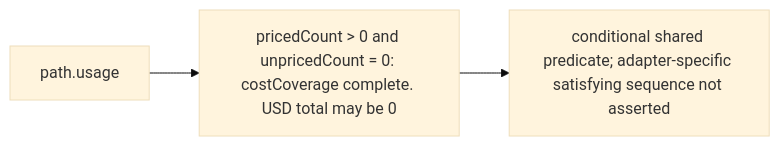
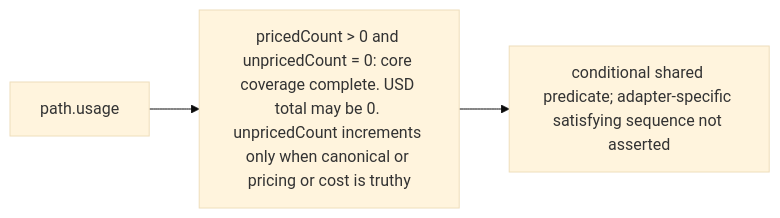
Before and after one commit to vibefield/vibefield: the diagram in audit/godview/plan/graphs/states/state.cost_complete.mmd, drawn with Mermaid (base theme). The commit also changed 43 other files, not shown here.

First line of the commit message:
GV-AUDIT6: take 68dde825 and hold second-half cost flows pending

```diff
--- a/audit/godview/plan/graphs/states/state.cost_complete.mmd
+++ b/audit/godview/plan/graphs/states/state.cost_complete.mmd
@@ -1,8 +1,8 @@
 %% graph_ref: path.usage
 %% state: state.cost_complete
 %% shared_map: 07e71c9bcb9532fc181e3f667f2d0ed2e7c9afaf
 flowchart LR
-  pred["pricedCount > 0 and unpricedCount = 0: costCoverage complete. USD total may be 0"]
+  pred["pricedCount > 0 and unpricedCount = 0: core coverage complete. USD total may be 0. unpricedCount increments only when canonical or pricing or cost is truthy"]
   src["path.usage"]
   verdict["conditional shared predicate; adapter-specific satisfying sequence not asserted"]
   src --> pred --> verdict
```
